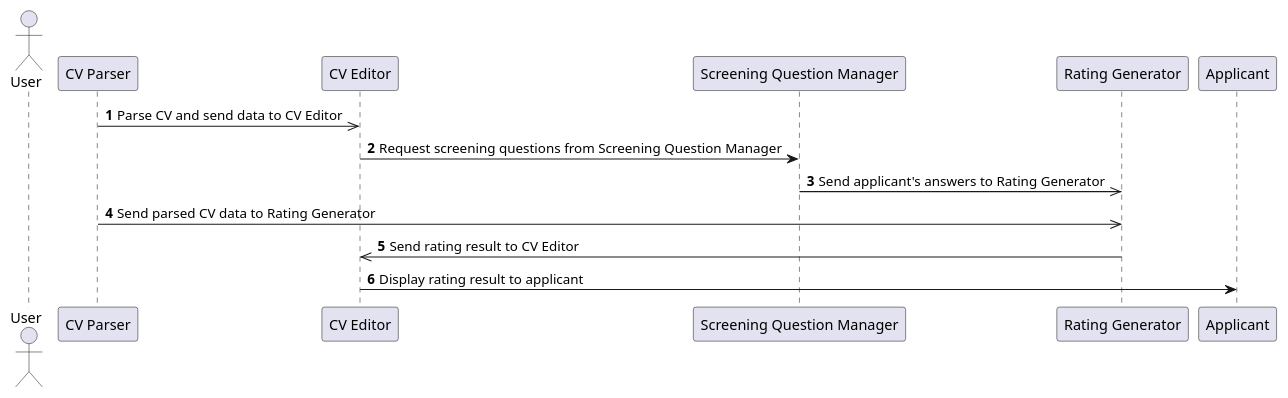
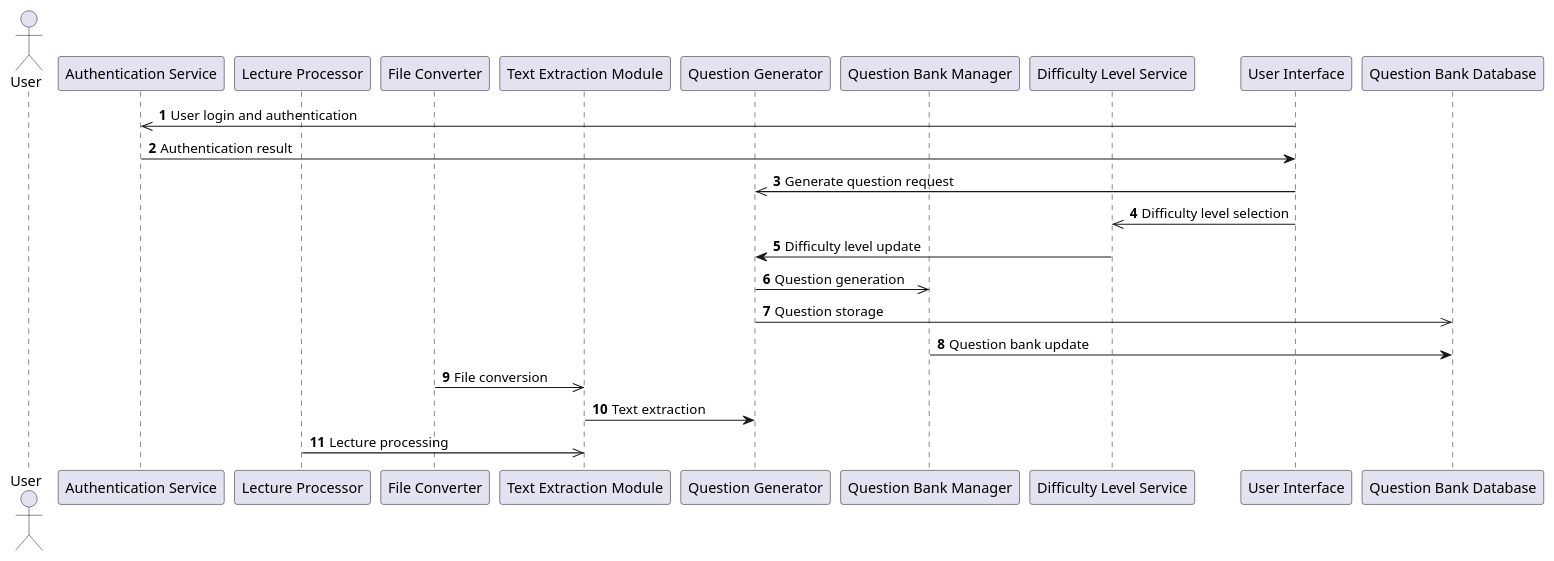
One commit to YoumnaHanyy/GPARCHIMIND changed the diagram in data/outputs/process_view.puml. Above: the diagram before and after it, drawn with PlantUML. The commit also changed 20 other files, not shown here.

```diff
--- a/data/outputs/process_view.puml
+++ b/data/outputs/process_view.puml
@@ -1,14 +1,24 @@
 @startuml
 autonumber
 actor User
-participant "CV Parser" as CVParser
-participant "CV Editor" as CVEditor
-participant "Screening Question Manager" as ScreeningQuestionManager
-participant "Rating Generator" as RatingGenerator
-CVParser ->> CVEditor : Parse CV and send data to CV Editor
-CVEditor -> ScreeningQuestionManager : Request screening questions from Screening Question Manager
-ScreeningQuestionManager ->> RatingGenerator : Send applicant's answers to Rating Generator
-CVParser ->> RatingGenerator : Send parsed CV data to Rating Generator
-RatingGenerator ->> CVEditor : Send rating result to CV Editor
-CVEditor -> Applicant : Display rating result to applicant
+participant "Authentication Service" as AuthenticationService
+participant "Lecture Processor" as LectureProcessor
+participant "File Converter" as FileConverter
+participant "Text Extraction Module" as TextExtractionModule
+participant "Question Generator" as QuestionGenerator
+participant "Question Bank Manager" as QuestionBankManager
+participant "Difficulty Level Service" as DifficultyLevelService
+participant "User Interface" as UserInterface
+participant "Question Bank Database" as QuestionBankDatabase
+UserInterface ->> AuthenticationService : User login and authentication
+AuthenticationService -> UserInterface : Authentication result
+UserInterface ->> QuestionGenerator : Generate question request
+UserInterface ->> DifficultyLevelService : Difficulty level selection
+DifficultyLevelService -> QuestionGenerator : Difficulty level update
+QuestionGenerator ->> QuestionBankManager : Question generation
+QuestionGenerator ->> QuestionBankDatabase : Question storage
+QuestionBankManager -> QuestionBankDatabase : Question bank update
+FileConverter ->> TextExtractionModule : File conversion
+TextExtractionModule -> QuestionGenerator : Text extraction
+LectureProcessor ->> TextExtractionModule : Lecture processing
 @enduml
```
